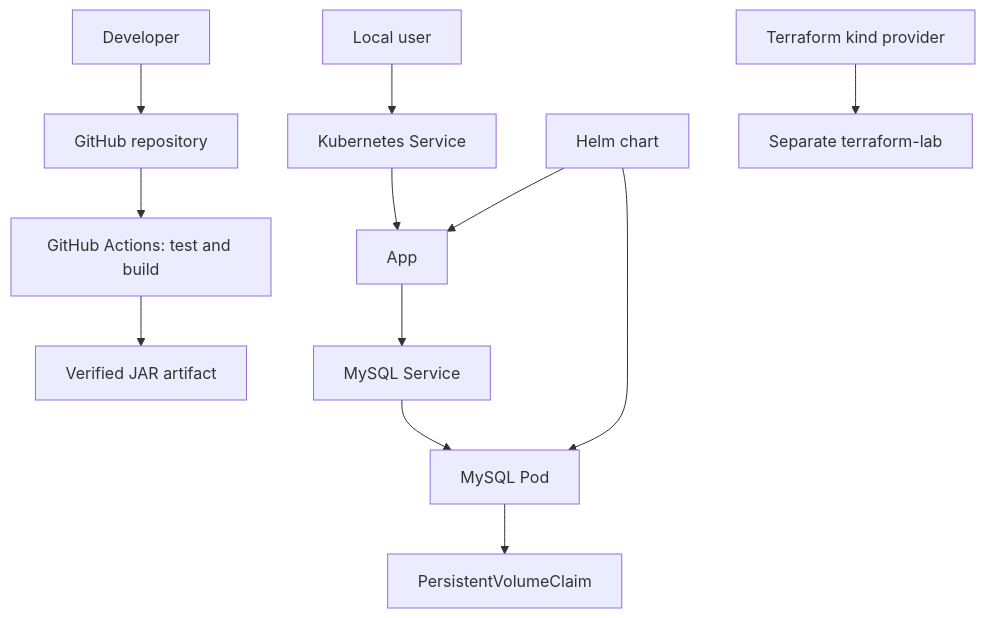
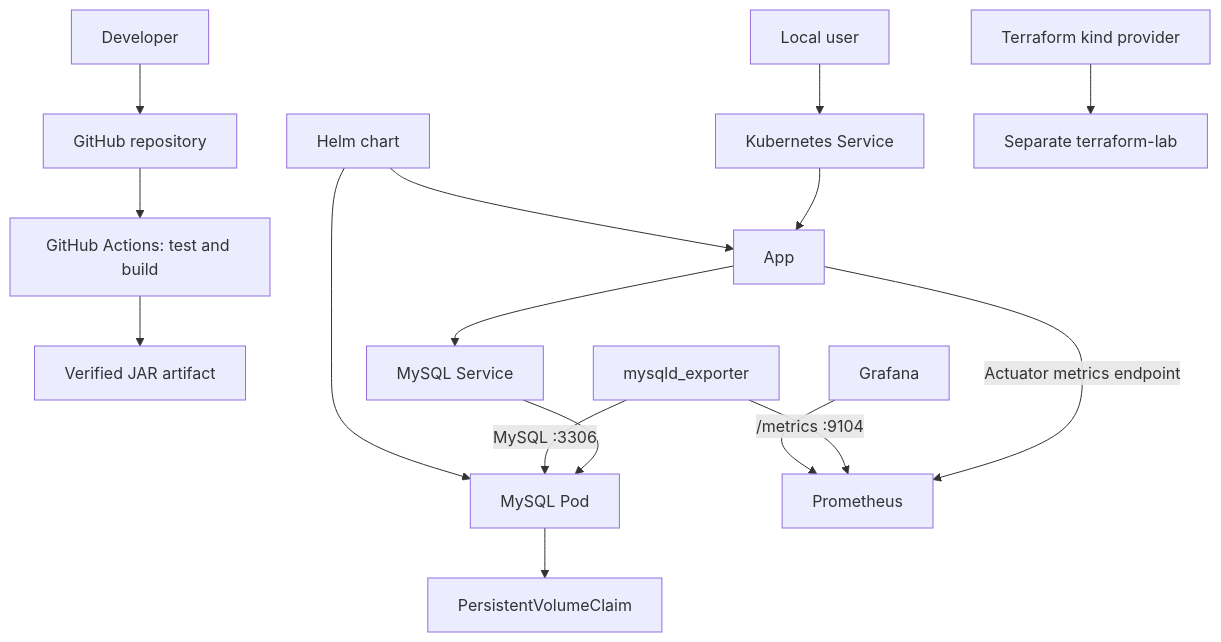
One commit to DaudCloud-sudo/crewmeister-devops-challenge changed the diagram in docs/02-architecture-design.md. Above: the diagram before and after it, drawn with Mermaid. The commit also changed other lines of this file and 15 other files, not shown here.

````diff
--- a/docs/02-architecture-design.md
+++ b/docs/02-architecture-design.md
@@ -7,14 +7,18 @@
 ```mermaid
 flowchart TD
     Dev[Developer] --> Git[GitHub repository]
     Git --> CI[GitHub Actions: test and build]
     CI --> Artifact[Verified JAR artifact]
     User[Local user] --> Svc[Kubernetes Service]
     Svc --> App
     App --> DBsvc[MySQL Service]
     DBsvc --> DB[MySQL Pod]
     DB --> PVC[PersistentVolumeClaim]
+    App -->|Actuator metrics endpoint| Prometheus
+    Exporter[mysqld_exporter] -->|MySQL :3306| DB
+    Exporter -->|/metrics :9104| Prometheus
+    Grafana --> Prometheus
     Helm[Helm chart] --> App
     Helm --> DB
     TF[Terraform kind provider] --> TFCluster[Separate terraform-lab]
 ```
````
